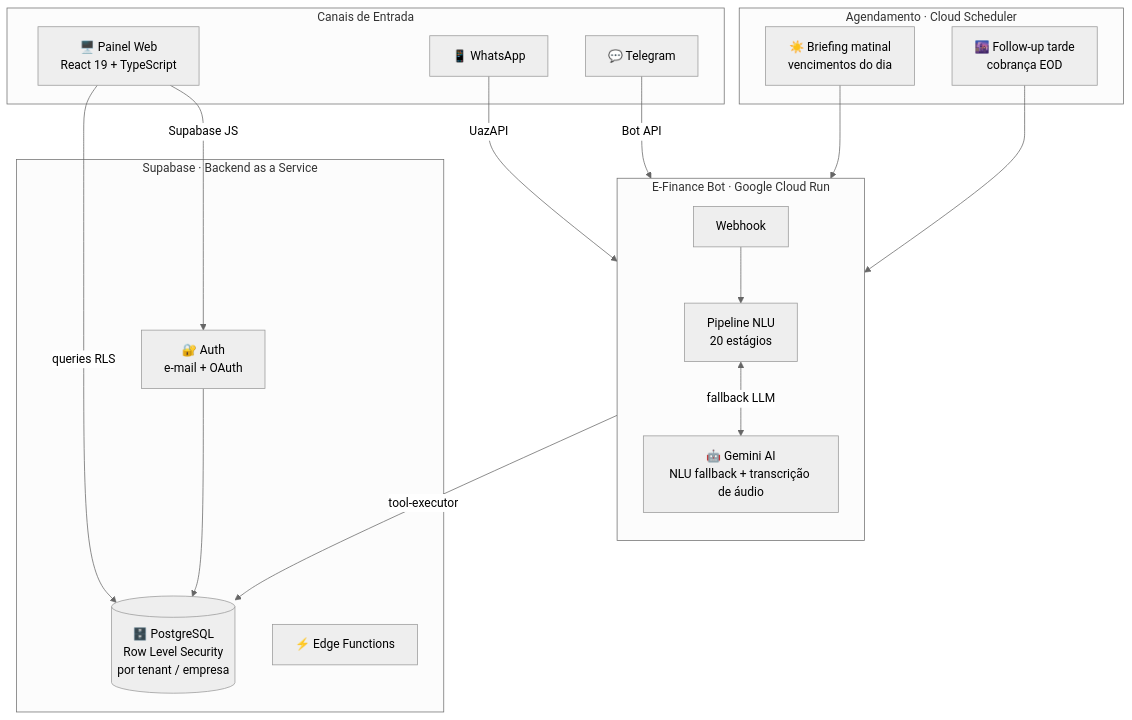
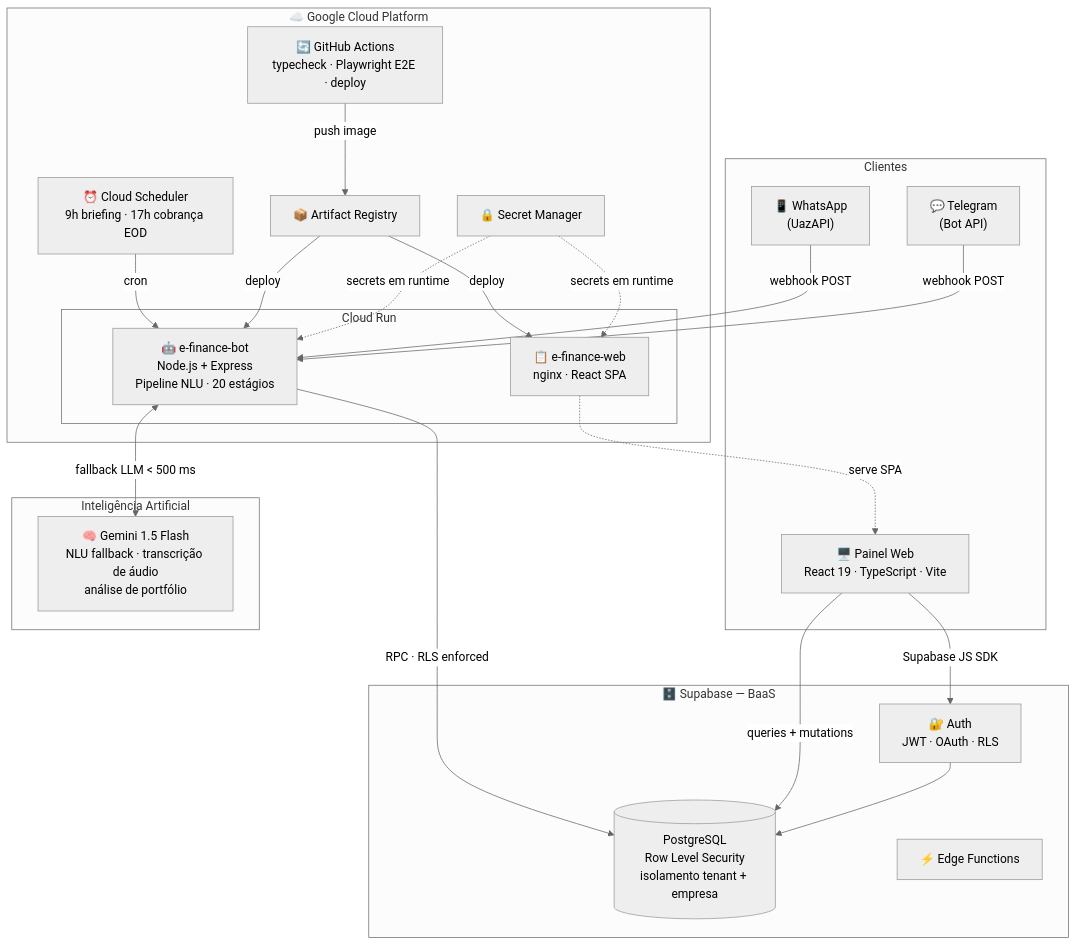
Before and after one commit to Gsfrota/e-finance: the first of 4 diagrams in README.md, drawn with Mermaid (neutral theme). The commit also changed other lines of this file, not shown here.

First line of the commit message:
docs(readme): arquitetura — 4 seções consolidadas + diagrama de sequência

````diff
--- a/README.md
+++ b/README.md
@@ -54,37 +58,41 @@
 ```mermaid
 graph TD
-    subgraph Canais["Canais de Entrada"]
-        WA[📱 WhatsApp]
-        TG[💬 Telegram]
-        WEB[🖥️ Painel Web<br/>React 19 + TypeScript]
+    subgraph Clientes["Clientes"]
+        WA["📱 WhatsApp<br/>(UazAPI)"]
+        TG["💬 Telegram<br/>(Bot API)"]
+        WEB["🖥️ Painel Web<br/>React 19 · TypeScript · Vite"]
     end
 
-    subgraph Bot["E-Finance Bot  ·  Google Cloud Run"]
-        direction TB
-        WH[Webhook]
-        NLU["Pipeline NLU<br/>20 estágios"]
-        GEM["🤖 Gemini AI<br/>NLU fallback + transcrição de áudio"]
+    subgraph GCP["☁️  Google Cloud Platform"]
+        subgraph CR["Cloud Run"]
+            BOT["🤖 e-finance-bot<br/>Node.js + Express<br/>Pipeline NLU · 20 estágios"]
+            APP["📋 e-finance-web<br/>nginx · React SPA"]
+        end
+        SCHED["⏰ Cloud Scheduler<br/>9h briefing · 17h cobrança EOD"]
+        AR["📦 Artifact Registry"]
+        SM["🔒 Secret Manager"]
+        GHA["🔄 GitHub Actions<br/>typecheck · Playwright E2E · deploy"]
     end
 
-    subgraph Agendamento["Agendamento  ·  Cloud Scheduler"]
-        SCHED_M["☀️ Briefing matinal<br/>vencimentos do dia"]
-        SCHED_E["🌆 Follow-up tarde<br/>cobrança EOD"]
+    subgraph AI["Inteligência Artificial"]
+        GEM["🧠 Gemini 1.5 Flash<br/>NLU fallback · transcrição de áudio<br/>análise de portfólio"]
     end
 
-    subgraph Backend["Supabase  ·  Backend as a Service"]
-        AUTH["🔐 Auth<br/>e-mail + OAuth"]
-        DB[("🗄️ PostgreSQL<br/>Row Level Security<br/>por tenant / empresa")]
-        EDGE["⚡ Edge Functions"]
+    subgraph SB["🗄️  Supabase — BaaS"]
+        AUTH["🔐 Auth<br/>JWT · OAuth · RLS"]
+        DB[("PostgreSQL<br/>Row Level Security<br/>isolamento tenant + empresa")]
+        EF["⚡ Edge Functions"]
     end
 
-    WA -->|UazAPI| WH
-    TG -->|Bot API| WH
-    WH --> NLU
-    NLU <-->|fallback LLM| GEM
-    NLU -->|tool-executor| DB
-    SCHED_M --> NLU
-    SCHED_E --> NLU
-    WEB -->|Supabase JS| AUTH
-    WEB -->|queries RLS| DB
+    WA & TG -->|"webhook POST"| BOT
+    SCHED -->|cron| BOT
+    BOT <-->|"fallback LLM  &lt; 500 ms"| GEM
+    BOT -->|"RPC · RLS enforced"| DB
+    WEB -->|"Supabase JS SDK"| AUTH
+    WEB -->|"queries + mutations"| DB
     AUTH --> DB
+    GHA -->|"push image"| AR
+    AR -->|deploy| BOT & APP
+    SM -. "secrets em runtime" .-> BOT & APP
+    APP -. "serve SPA" .-> WEB
 ```
````
